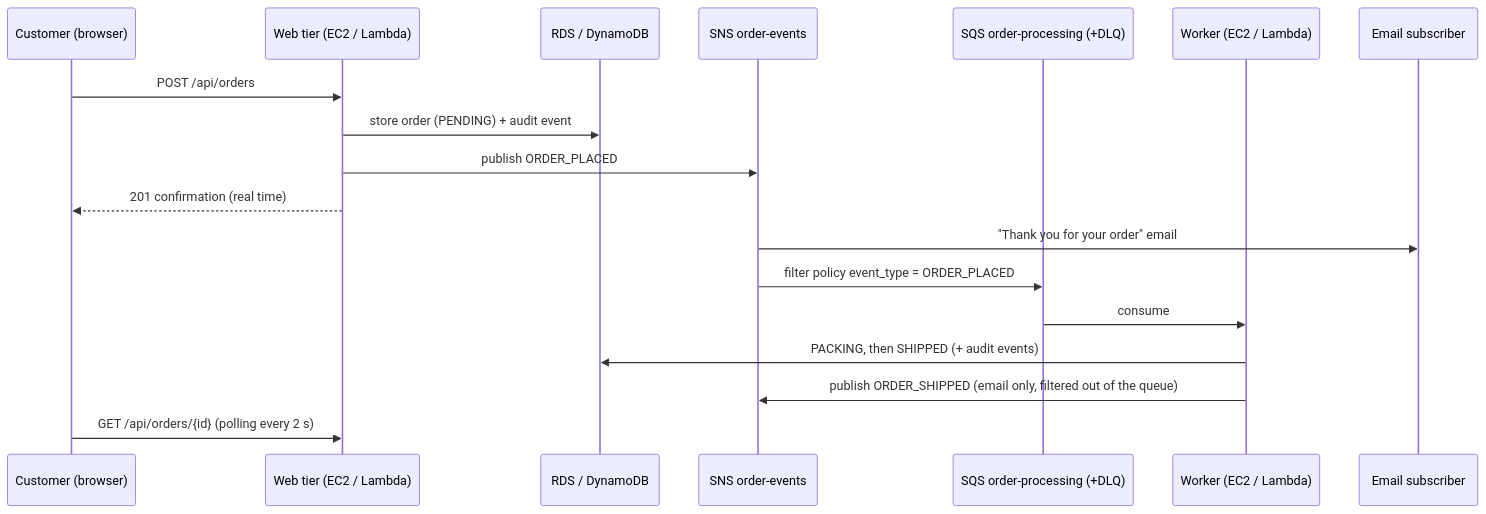
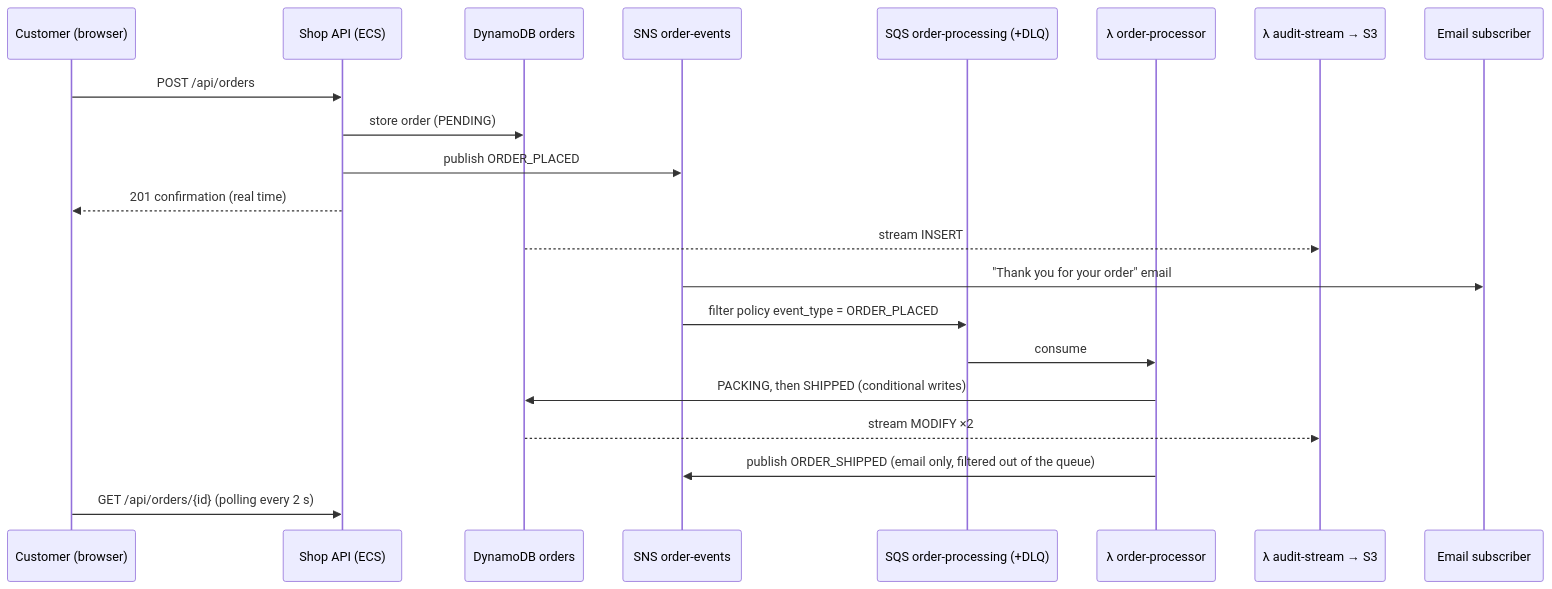
One commit to TrioGrenobleImt/AWS-victor-arnaud-cedric changed the second of 2 diagrams in README.md. Above: the diagram before and after it, drawn with Mermaid. The commit also changed other lines of this file and 89 other files, not shown here.

First line of the commit message:
Merge into a single ECS + Lambda stack on DynamoDB

````diff
--- a/README.md
+++ b/README.md
@@ -55,21 +81,24 @@
 ```mermaid
 sequenceDiagram
     participant C as Customer (browser)
-    participant API as Web tier (EC2 / Lambda)
-    participant DB as RDS / DynamoDB
+    participant API as Shop API (ECS)
+    participant DB as DynamoDB orders
     participant SNS as SNS order-events
     participant Q as SQS order-processing (+DLQ)
-    participant W as Worker (EC2 / Lambda)
+    participant W as λ order-processor
+    participant A as λ audit-stream → S3
     participant M as Email subscriber
 
     C->>API: POST /api/orders
-    API->>DB: store order (PENDING) + audit event
+    API->>DB: store order (PENDING)
     API->>SNS: publish ORDER_PLACED
     API-->>C: 201 confirmation (real time)
+    DB-->>A: stream INSERT
     SNS->>M: "Thank you for your order" email
     SNS->>Q: filter policy event_type = ORDER_PLACED
     Q->>W: consume
-    W->>DB: PACKING, then SHIPPED (+ audit events)
+    W->>DB: PACKING, then SHIPPED (conditional writes)
+    DB-->>A: stream MODIFY ×2
     W->>SNS: publish ORDER_SHIPPED (email only, filtered out of the queue)
     C->>API: GET /api/orders/{id} (polling every 2 s)
 ```
````
